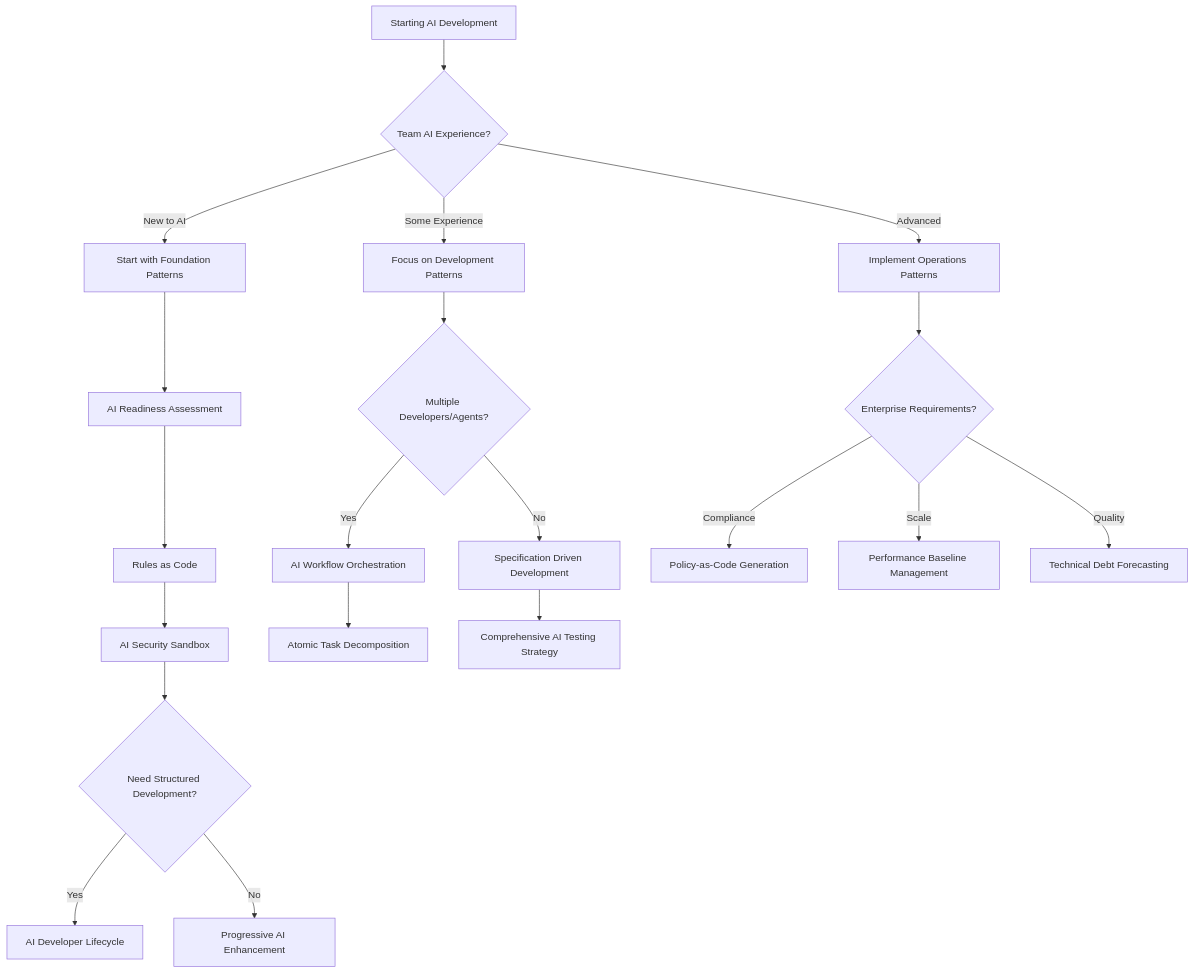
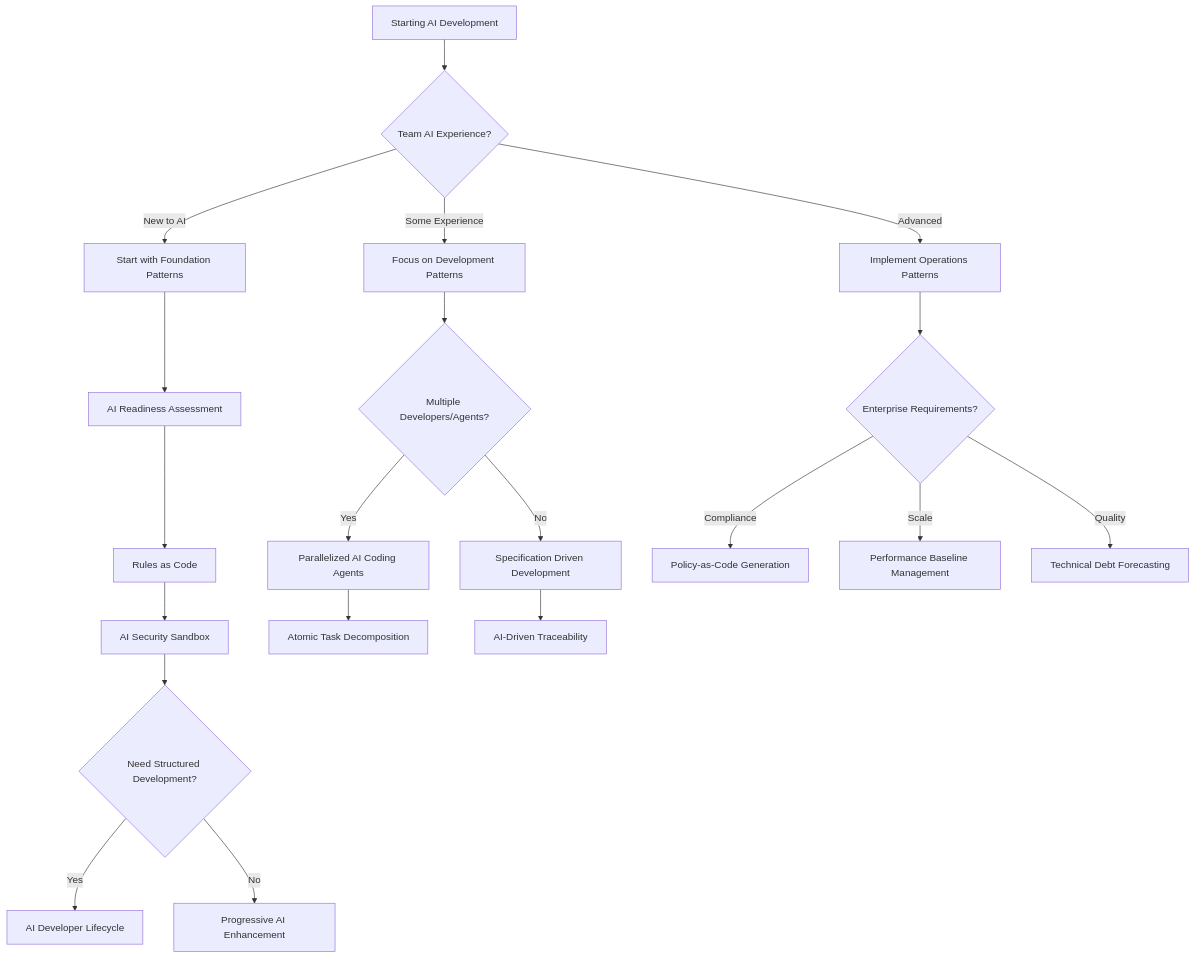
One commit to PaulDuvall/ai-development-patterns changed the third of 10 diagrams in README.md. Above: the diagram before and after it, drawn with Mermaid. The commit also changed other lines of this file and 1 other file, not shown here.

````diff
--- a/README.md
+++ b/README.md
@@ -155,25 +136,25 @@
 ```mermaid
 graph TD
     A[Starting AI Development] --> B{Team AI Experience?}
     B -->|New to AI| C[Start with Foundation Patterns]
     B -->|Some Experience| D[Focus on Development Patterns]
     B -->|Advanced| E[Implement Operations Patterns]
     
     C --> F[AI Readiness Assessment]
     F --> G[Rules as Code]
     G --> H[AI Security Sandbox]
     H --> I{Need Structured Development?}
     I -->|Yes| J[AI Developer Lifecycle]
     I -->|No| K[Progressive AI Enhancement]
     
     D --> L{Multiple Developers/Agents?}
-    L -->|Yes| M[AI Workflow Orchestration]
+    L -->|Yes| M[Parallelized AI Coding Agents]
     L -->|No| N[Specification Driven Development]
     M --> O[Atomic Task Decomposition]
-    N --> P[Comprehensive AI Testing Strategy]
+    N --> P[AI-Driven Traceability]
     
     E --> Q{Enterprise Requirements?}
     Q -->|Compliance| R[Policy-as-Code Generation]
     Q -->|Scale| S[Performance Baseline Management]
     Q -->|Quality| T[Technical Debt Forecasting]
 ```
````
